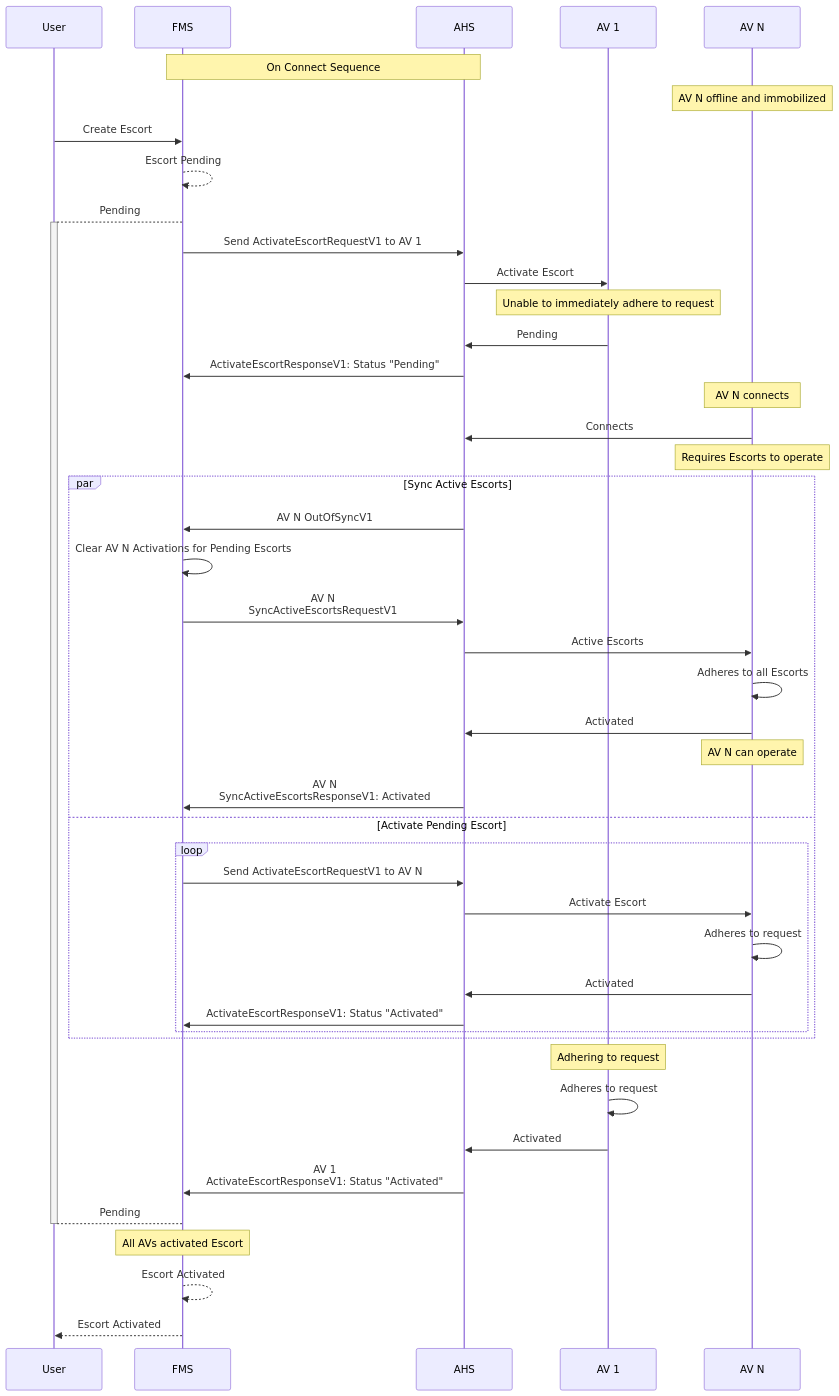
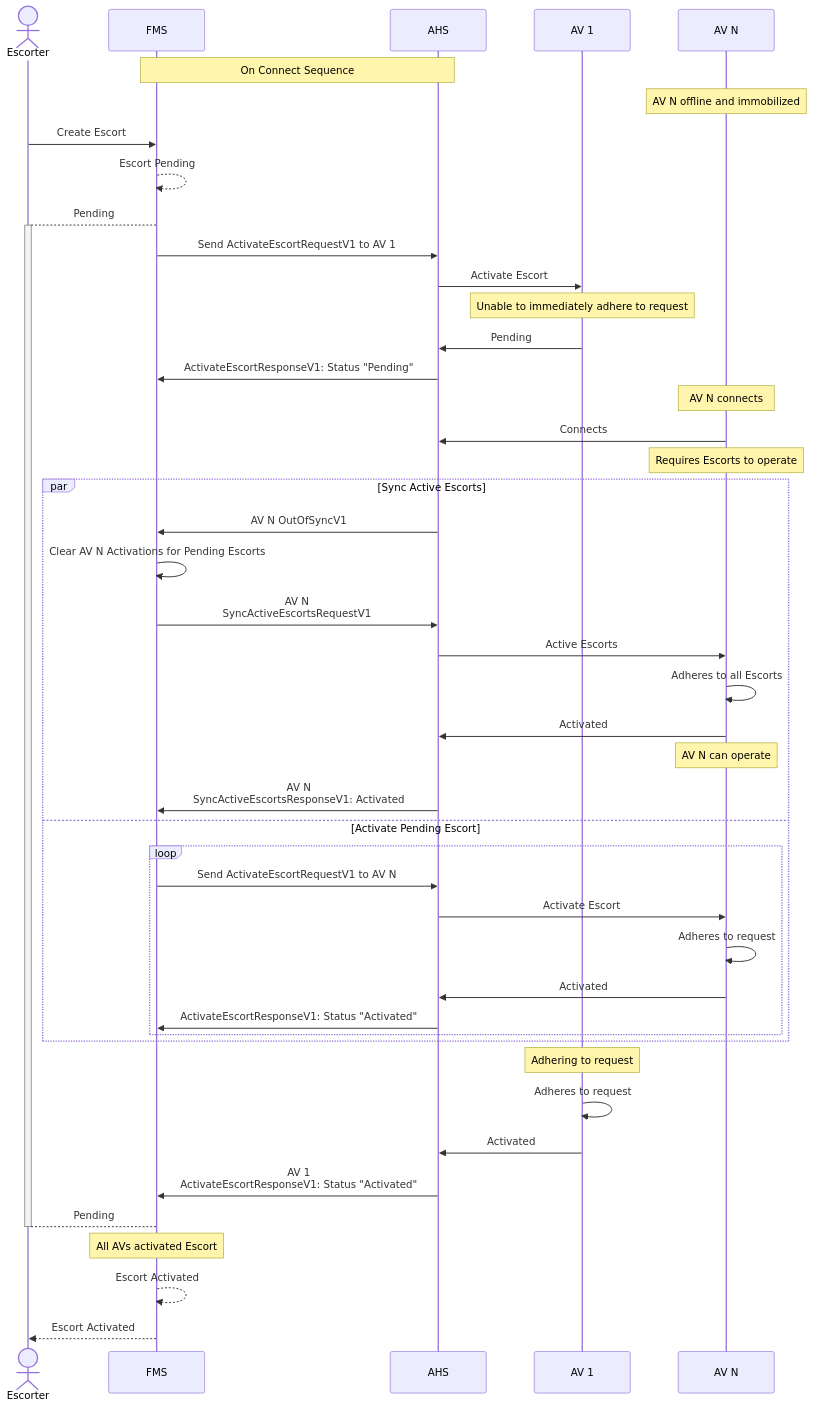
One commit to open-autonomy/escort changed the second of 3 diagrams in diagram/Synchronization.md. Above: the diagram before and after it, drawn with Mermaid. The commit also changed other lines of this file and 2 other files, not shown here.

Commit message:
Replace participant User with actor Escorter

````diff
--- a/diagram/Synchronization.md
+++ b/diagram/Synchronization.md
@@ -45,61 +45,61 @@
 ```mermaid
 sequenceDiagram
-    participant User
+    actor Escorter
     participant FMS
     participant AHS
     participant AV 1
     participant AV N
 
     Note over FMS,AHS: On Connect Sequence
     Note over AV N: AV N offline and immobilized
 
-    User->>FMS: Create Escort
+    Escorter->>FMS: Create Escort
     FMS-->>FMS: Escort Pending
-    FMS-->+User: Pending
+    FMS-->+Escorter: Pending
 
     FMS->>AHS: Send ActivateEscortRequestV1 to AV 1
 
     AHS->>AV 1: Activate Escort
     Note over AV 1: Unable to immediately adhere to request
     AV 1->>AHS: Pending
     AHS->>FMS: ActivateEscortResponseV1: Status "Pending"
 
     Note Over AV N: AV N connects
 
     AV N->>AHS: Connects
     Note Over AV N: Requires Escorts to operate
 
     par Sync Active Escorts
         AHS->>FMS: AV N OutOfSyncV1
         FMS->>FMS: Clear AV N Activations for Pending Escorts
 
         FMS->>AHS: AV N <br/> SyncActiveEscortsRequestV1
         AHS->>AV N: Active Escorts
         AV N->>AV N: Adheres to all Escorts
         AV N->>AHS: Activated
         Note over AV N: AV N can operate
 
         AHS->>FMS: AV N <br/> SyncActiveEscortsResponseV1: Activated
     and Activate Pending Escort
         loop
             FMS->>AHS: Send ActivateEscortRequestV1 to AV N
             AHS->>AV N: Activate Escort
             AV N->>AV N: Adheres to request
             AV N->>AHS: Activated
             AHS->>FMS: ActivateEscortResponseV1: Status "Activated"
         end
     end
 
     Note Over AV 1: Adhering to request
     AV 1->>AV 1: Adheres to request
     AV 1->>AHS: Activated
      AHS->>FMS: AV 1 <br/> ActivateEscortResponseV1: Status "Activated"
 
 
-    User-->-FMS: Pending
+    Escorter-->-FMS: Pending
 
     Note Over FMS: All AVs activated Escort
     FMS-->>FMS: Escort Activated
 
-    FMS-->>User: Escort Activated
+    FMS-->>Escorter: Escort Activated
 ```
````
